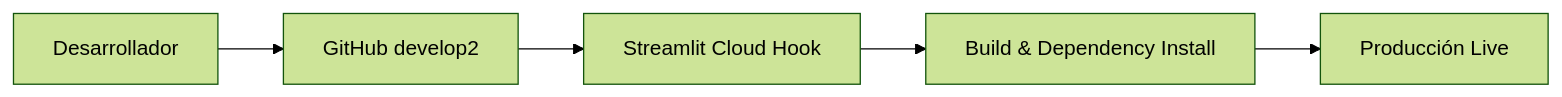
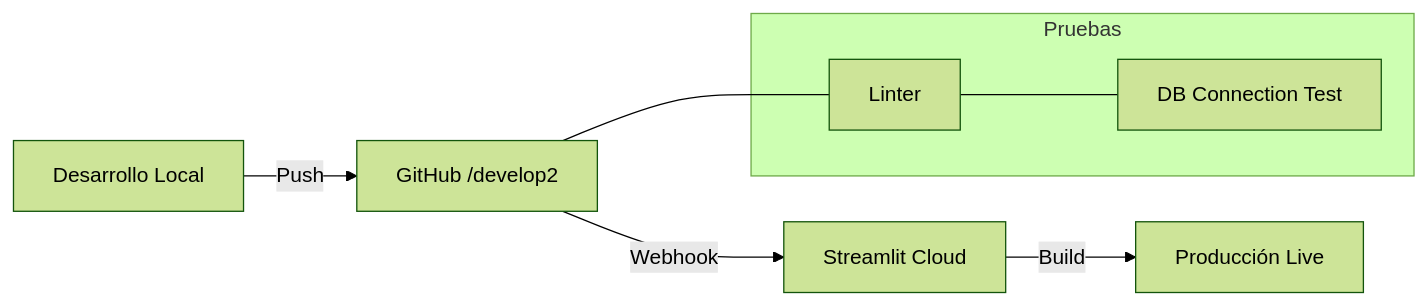
The diagram in documentacion/guia_desarrollo.md (No-Country-simulation/-S02-26-Equipo-53-Data-Science), drawn with Mermaid (forest theme) before and after one commit. The commit also changed other lines of this file and 5 other files, not shown here.

Commit message:
docs: finalize artistic and comprehensive documentation overhaul with premium styling and diagrams

````diff
--- a/documentacion/guia_desarrollo.md
+++ b/documentacion/guia_desarrollo.md
@@ -13,7 +12,14 @@
 ```mermaid
 graph LR
-    Dev[Desarrollador] --> Git[GitHub develop2]
-    Git --> Webhook[Streamlit Cloud Hook]
-    Webhook --> Build[Build & Dependency Install]
-    Build --> Deploy[Producción Live]
+    Local[Desarrollo Local] -->|Push| GH[GitHub /develop2]
+    GH -->|Webhook| SC[Streamlit Cloud]
+    SC -->|Build| Prod[Producción Live]
+    
+    subgraph "Pruebas"
+        T1[Linter]
+        T2[DB Connection Test]
+    end
+    
+    GH --- T1
+    T1 --- T2
 ```
````
